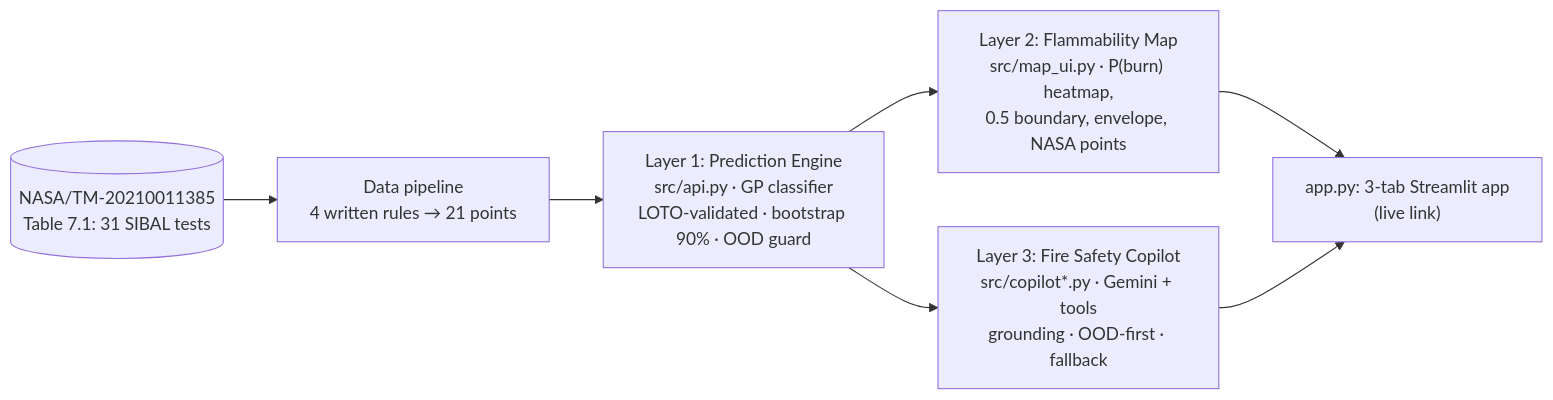
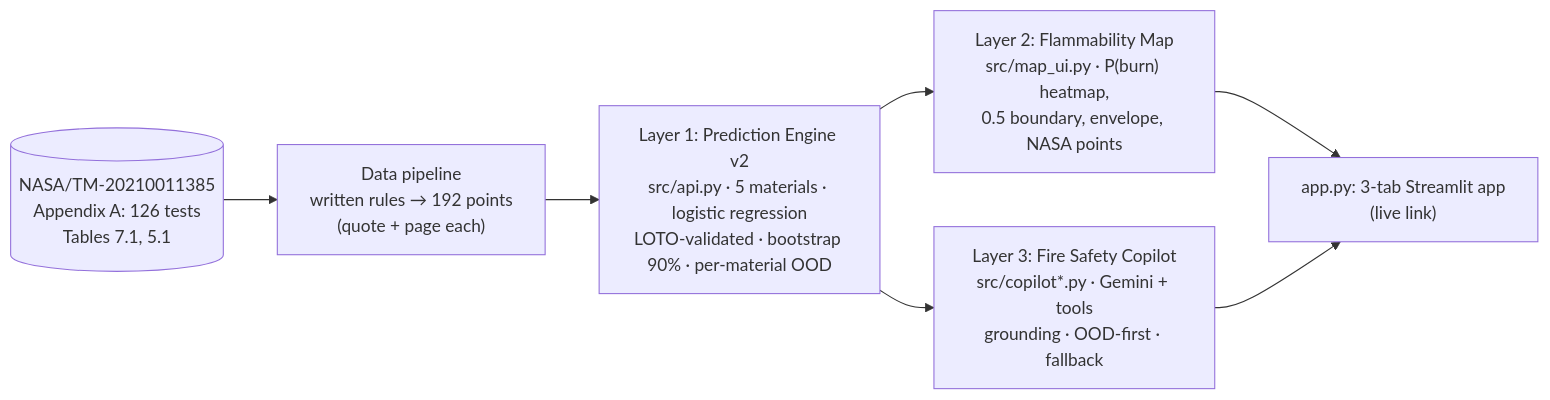
Before and after one commit to badr5556/FlameMargin: the first of 2 diagrams in README.md, drawn with Mermaid. The commit also changed other lines of this file and 54 other files, not shown here.

````diff
--- a/README.md
+++ b/README.md
@@ -49,9 +57,9 @@
 ```mermaid
 flowchart LR
-    D[("NASA/TM-20210011385<br/>Table 7.1: 31 SIBAL tests")] --> P["Data pipeline<br/>4 written rules → 21 points"]
-    P --> L1["Layer 1: Prediction Engine<br/>src/api.py · GP classifier<br/>LOTO-validated · bootstrap 90% · OOD guard"]
+    D[("NASA/TM-20210011385<br/>Appendix A: 126 tests<br/>Tables 7.1, 5.1")] --> P["Data pipeline<br/>written rules → 192 points<br/>(quote + page each)"]
+    P --> L1["Layer 1: Prediction Engine v2<br/>src/api.py · 5 materials · logistic regression<br/>LOTO-validated · bootstrap 90% · per-material OOD"]
     L1 --> L2["Layer 2: Flammability Map<br/>src/map_ui.py · P(burn) heatmap,<br/>0.5 boundary, envelope, NASA points"]
     L1 --> L3["Layer 3: Fire Safety Copilot<br/>src/copilot*.py · Gemini + tools<br/>grounding · OOD-first · fallback"]
     L2 --> APP["app.py: 3-tab Streamlit app<br/>(live link)"]
     L3 --> APP
 ```
````
